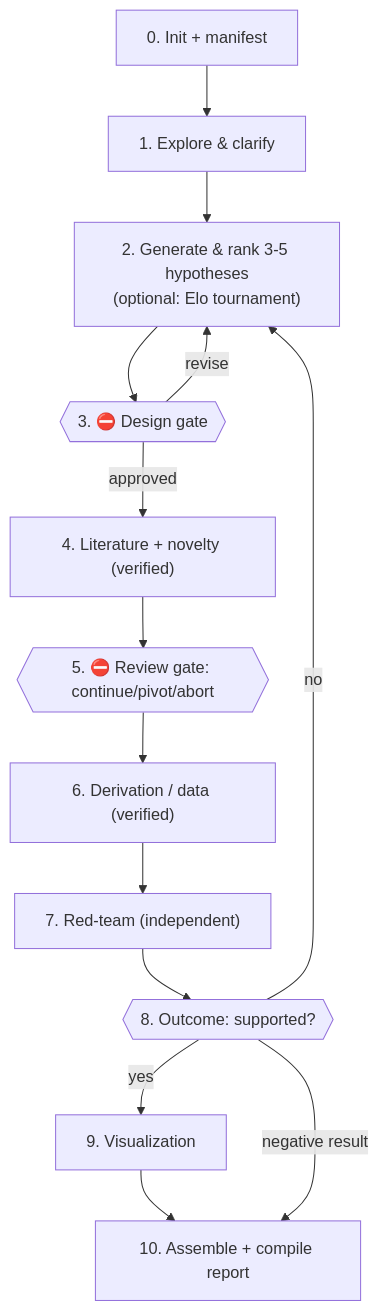
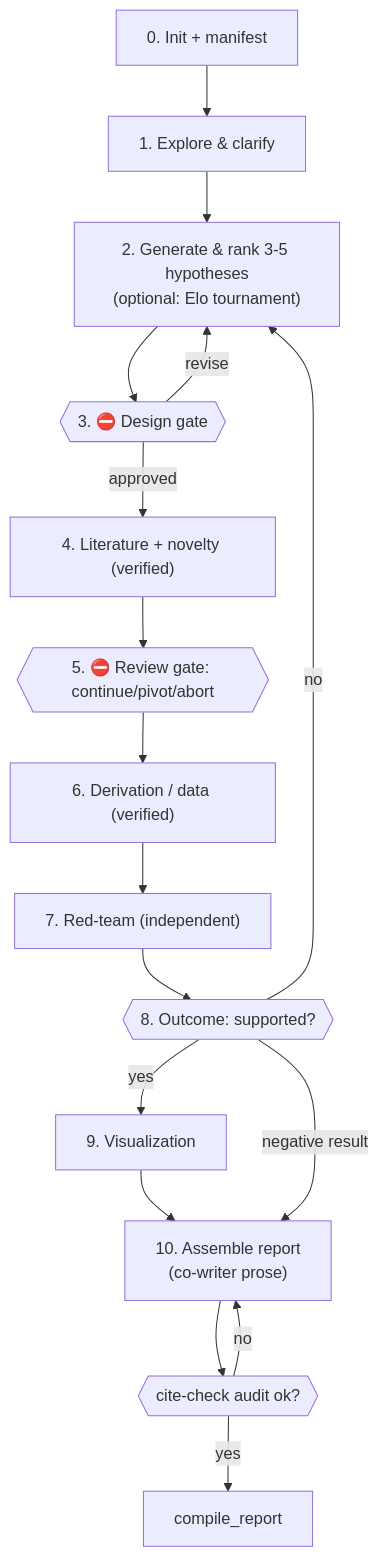
One commit to biprateep/science-skills changed the diagram in skills/co-scientist/SKILL.md. Above: the diagram before and after it, drawn with Mermaid. The commit also changed other lines of this file and 13 other files, not shown here.

````diff
--- a/skills/co-scientist/SKILL.md
+++ b/skills/co-scientist/SKILL.md
@@ -374,16 +445,19 @@
 ```mermaid
 flowchart TD
   init["0. Init + manifest"] --> clarify["1. Explore & clarify"]
   clarify --> rank["2. Generate & rank 3-5 hypotheses<br/>(optional: Elo tournament)"]
   rank --> gate1{{"3. ⛔ Design gate"}}
   gate1 -- revise --> rank
   gate1 -- approved --> lit["4. Literature + novelty (verified)"]
   lit --> gate2{{"5. ⛔ Review gate: continue/pivot/abort"}}
   gate2 --> work["6. Derivation / data (verified)"]
   work --> red["7. Red-team (independent)"]
   red --> decide{{"8. Outcome: supported?"}}
   decide -- no --> rank
   decide -- yes --> viz["9. Visualization"]
-  viz --> report["10. Assemble + compile report"]
+  viz --> report["10. Assemble report<br/>(co-writer prose)"]
   decide -- "negative result" --> report
+  report --> audit{{"cite-check audit ok?"}}
+  audit -- no --> report
+  audit -- yes --> compile["compile_report"]
 ```
````
